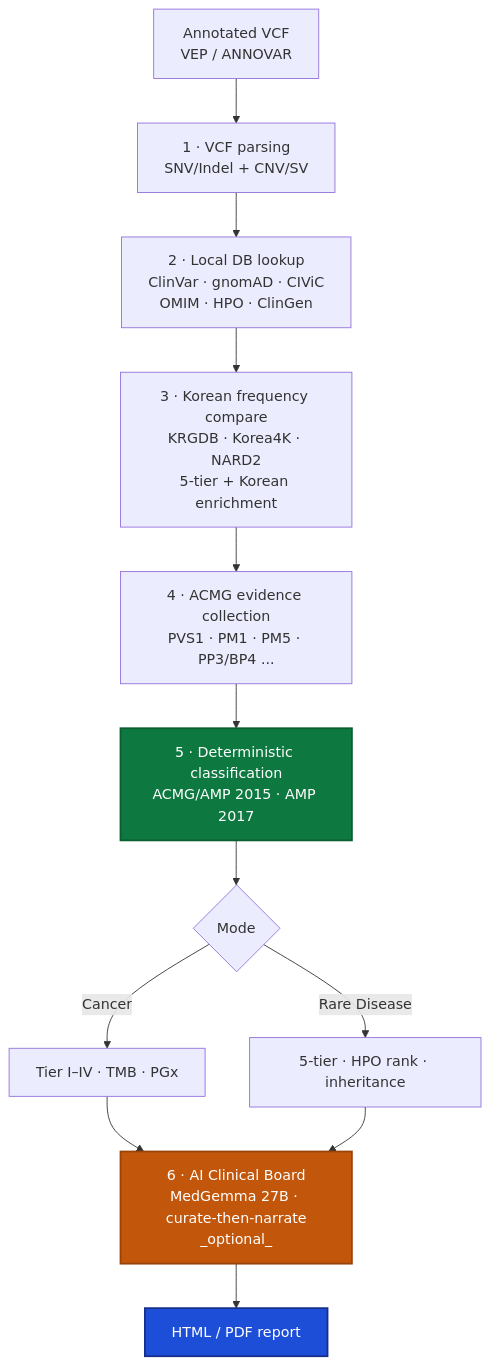
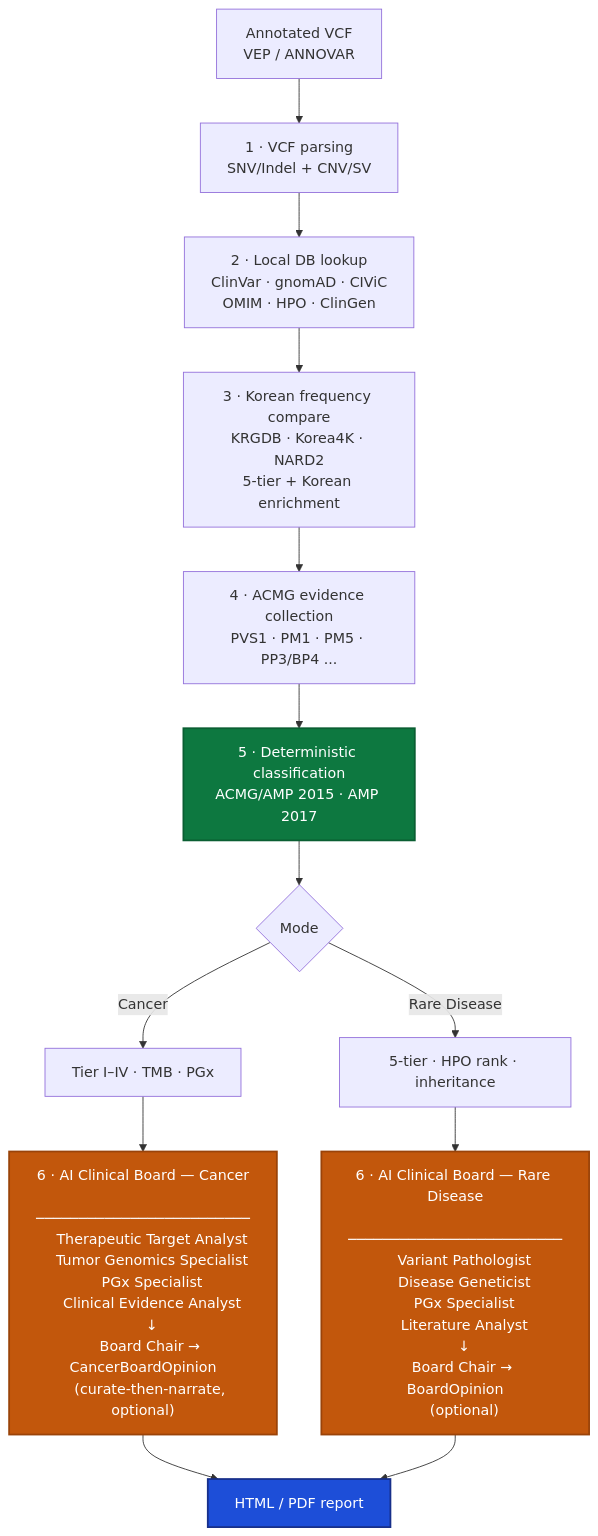
The diagram in README.en.md (junehawk/BIKO-GenomeBoard), drawn with Mermaid before and after one commit. The commit also changed other lines of this file and 1 other file, not shown here.

````diff
--- a/README.en.md
+++ b/README.en.md
@@ -39,18 +39,36 @@
 ```mermaid
 flowchart TD
     A[Annotated VCF<br/>VEP / ANNOVAR] --> B[1 · VCF parsing<br/>SNV/Indel + CNV/SV]
     B --> C[2 · Local DB lookup<br/>ClinVar · gnomAD · CIViC<br/>OMIM · HPO · ClinGen]
     C --> D[3 · Korean frequency compare<br/>KRGDB · Korea4K · NARD2<br/>5-tier + Korean enrichment]
     D --> E[4 · ACMG evidence collection<br/>PVS1 · PM1 · PM5 · PP3/BP4 ...]
     E --> F[5 · Deterministic classification<br/>ACMG/AMP 2015 · AMP 2017]
     F --> G{Mode}
     G -->|Cancer| H[Tier I–IV · TMB · PGx]
     G -->|Rare Disease| I[5-tier · HPO rank · inheritance]
-    H --> J[6 · AI Clinical Board<br/>MedGemma 27B · curate-then-narrate<br/>_optional_]
-    I --> J
-    J --> K[HTML / PDF report]
+    H --> J["6 · AI Clinical Board — Cancer
+    ─────────────────────────
+    Therapeutic Target Analyst
+    Tumor Genomics Specialist
+    PGx Specialist
+    Clinical Evidence Analyst
+    ↓
+    Board Chair → CancerBoardOpinion
+    (curate-then-narrate, optional)"]
+    I --> K["6 · AI Clinical Board — Rare Disease
+    ─────────────────────────
+    Variant Pathologist
+    Disease Geneticist
+    PGx Specialist
+    Literature Analyst
+    ↓
+    Board Chair → BoardOpinion
+    (optional)"]
+    J --> L[HTML / PDF report]
+    K --> L
 
     style F fill:#0d7840,stroke:#0a5e32,stroke-width:2px,color:#ffffff
     style J fill:#c2570c,stroke:#9a4309,stroke-width:2px,color:#ffffff
-    style K fill:#1d4ed8,stroke:#172f8a,stroke-width:2px,color:#ffffff
+    style K fill:#c2570c,stroke:#9a4309,stroke-width:2px,color:#ffffff
+    style L fill:#1d4ed8,stroke:#172f8a,stroke-width:2px,color:#ffffff
 ```
````
